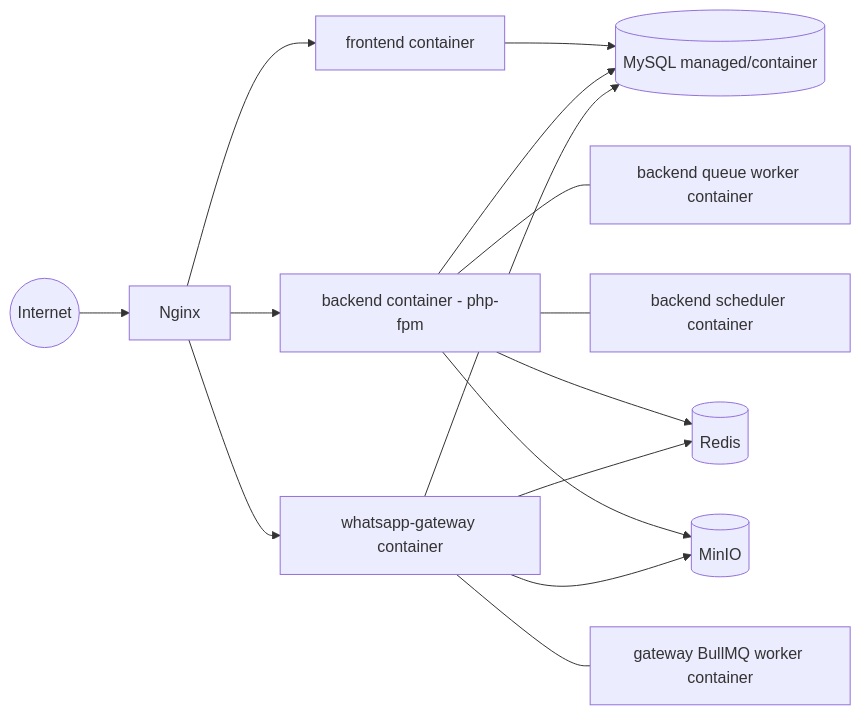
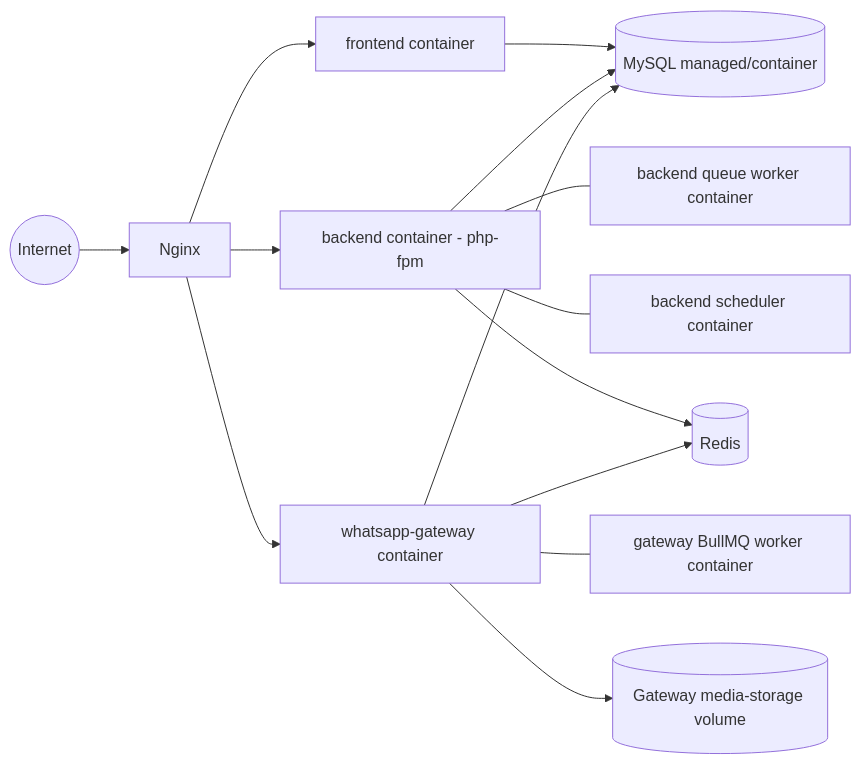
One commit to mhd-afrij/Whatsapp_CRM changed the second of 2 diagrams in docs/03-system-architecture.md. Above: the diagram before and after it, drawn with Mermaid. The commit also changed other lines of this file and 12136 other files, not shown here.

````diff
--- a/docs/03-system-architecture.md
+++ b/docs/03-system-architecture.md
@@ -138,17 +136,16 @@
 ```mermaid
 graph LR
     Internet((Internet)) --> Nginx
     Nginx --> FE[frontend container]
     Nginx --> BE[backend container - php-fpm]
     Nginx --> GW[whatsapp-gateway container]
     BE --- QueueWorker[backend queue worker container]
     BE --- Scheduler[backend scheduler container]
     GW --- GWWorker[gateway BullMQ worker container]
     FE --> MySQLProd[(MySQL managed/container)]
     BE --> MySQLProd
     GW --> MySQLProd
     BE --> RedisProd[(Redis)]
     GW --> RedisProd
-    BE --> MinIOProd[(MinIO)]
-    GW --> MinIOProd
+    GW --> GWDiskProd[(Gateway media-storage volume)]
 ```
````
